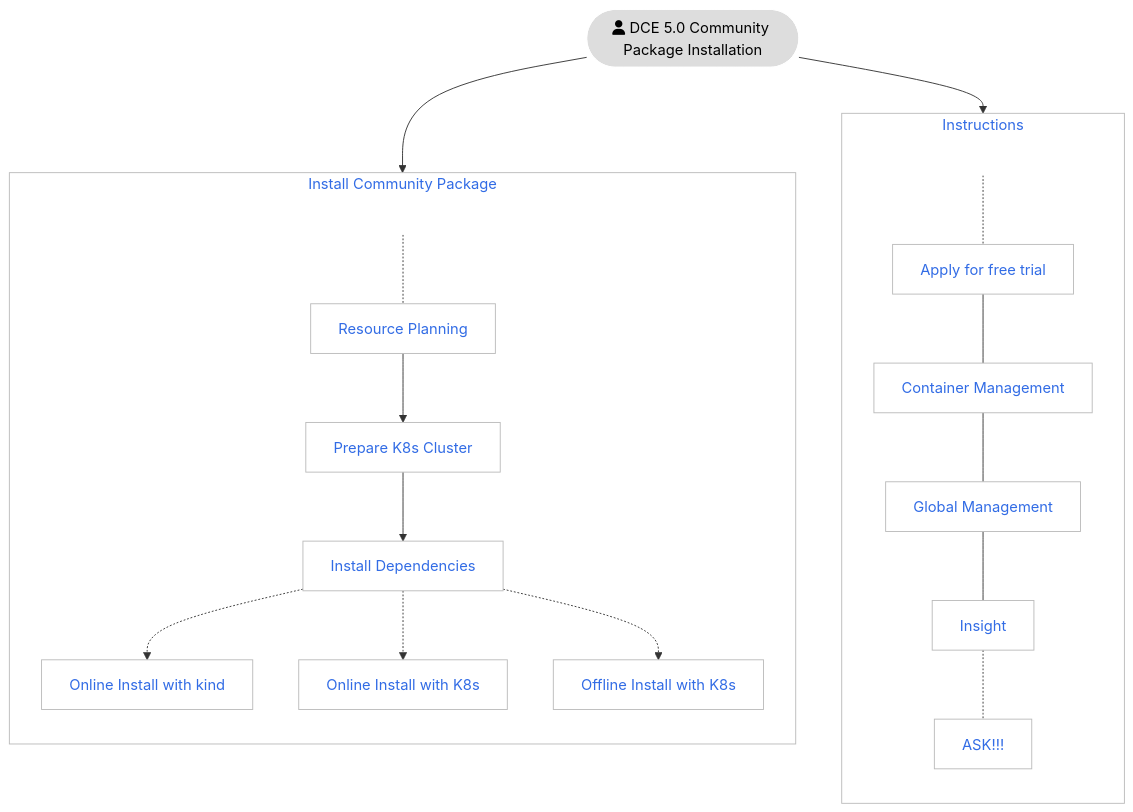
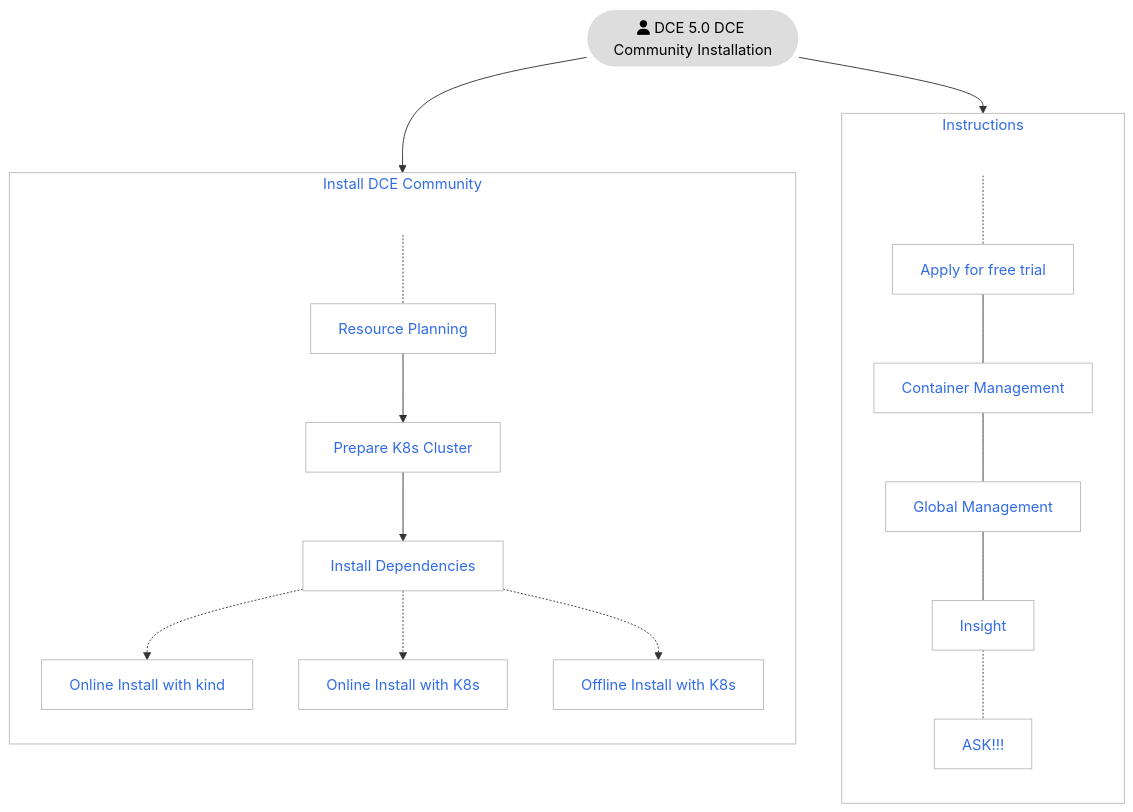
Before and after one commit to DaoCloud/DaoCloud-docs: the first of 2 diagrams in docs/en/docs/install/index.md, drawn with Mermaid. The commit also changed other lines of this file and 42 other files, not shown here.

````diff
--- a/docs/en/docs/install/index.md
+++ b/docs/en/docs/install/index.md
@@ -61,49 +61,49 @@
 ```mermaid
 flowchart TB
 
 subgraph second[Instructions]
     direction TB
     U[ ] -.-
     free[Apply for free trial] --- kpanda[Container Management]
     kpanda --- ghippo[Global Management]
     ghippo --- insight[Insight]
     insight -.- ask[ASK!!!]
 end
 
-subgraph first[Install Community Package]
+subgraph first[Install DCE Community]
     direction TB
     S[ ] -.-
     plan[Resource Planning] --> k8s[Prepare K8s Cluster] 
     k8s --> tools[Install Dependencies]
     tools -.-> kind[Online Install with kind]
     tools -.-> s1[Online Install with K8s]
     tools -.-> s2[Offline Install with K8s]
 end
 
-start([fa:fa-user DCE 5.0 Community Package Installation]) --> first
+start([fa:fa-user DCE 5.0 DCE Community Installation]) --> first
 start --> second
 
 classDef grey fill:#dddddd,stroke:#ffffff,stroke-width:px,color:#000000, font-size:15px;
 classDef white fill:#ffffff,stroke:#000,stroke-width:px,color:#000,font-weight:bold
 classDef spacewhite fill:#ffffff,stroke:#fff,stroke-width:0px,color:#000
 classDef plain fill:#ddd,stroke:#fff,stroke-width:1px,color:#000;
 classDef k8s fill:#326ce5,stroke:#fff,stroke-width:1px,color:#fff;
 classDef cluster fill:#fff,stroke:#bbb,stroke-width:1px,color:#326ce5;
 
 class plan,k8s,tools,kind,s1,s2,kpanda,ghippo,insight,free,ask cluster;
 class start plain
 class S,U spacewhite
 
 click plan "https://docs.daocloud.io/en/install/community/resources/"
 click k8s "https://docs.daocloud.io/en/install/community/kind/online/#kind"
 click tools "https://docs.daocloud.io/en/install/install-tools/"
 click kind "https://docs.daocloud.io/en/install/community/kind/online/"
 click s1 "https://docs.daocloud.io/en/install/community/k8s/online/"
 click s2 "https://docs.daocloud.io/en/install/community/k8s/offline/"
 
 click kpanda "https://docs.daocloud.io/en/kpanda/intro/"
 click ghippo "https://docs.daocloud.io/en/ghippo/intro/"
 click insight "https://docs.daocloud.io/en/insight/intro/"
 click free "https://docs.daocloud.io/en/dce/license0/"
 click ask "https://docs.daocloud.io/en/install/intro/#contact-us"
 ```
````
